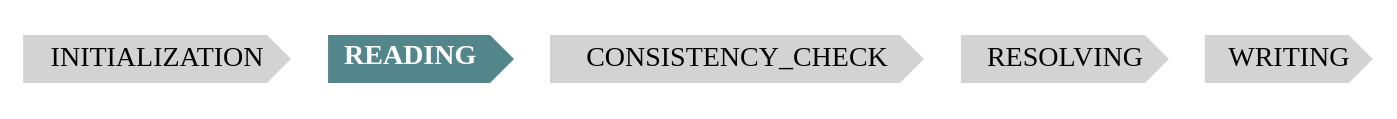
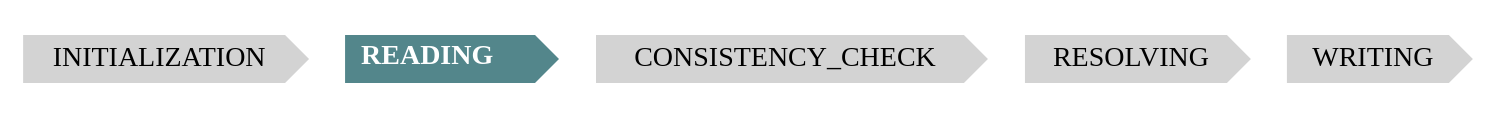
The diagram in research/sphinx/read/phases_read.gv (DocumentationBook/SphinxDocumentation), drawn with Graphviz before and after one commit. The commit also changed 12 other files, not shown here.

Commit message:
RESOLVE and WRITING phases started.

```diff
--- a/research/sphinx/read/phases_read.gv
+++ b/research/sphinx/read/phases_read.gv
@@ -1,9 +1,9 @@
 digraph {
 //	graph [rankdir=LR]
 	node [color=none fillcolor=lightgrey shape=cds style=filled]
-	"init" [label=INITIALIZATION href="../research/sphinx/app_init/" target=_top]
-	"read" [label=<<b>READING</b>> fillcolor=cadetblue4 fontcolor=white href="../research/sphinx/read/" target=_top]
-	"consistency" [label="CONSISTENCY_CHECK" href="../research/sphinx/consistency/" target=_top]
-	"resolve" [label="RESOLVING" href="../research/sphinx/resolve/" target=_top]
-	"write" [label="WRITING" href="../research/sphinx/write/" target=_top]
+	"init" [label="INITIALIZATION  " href="../research/sphinx/app_init/" target=_top]
+	"read" [label=<<b>READING &#160;&#160;</b>> fillcolor=cadetblue4 fontcolor=white href="../research/sphinx/read/" target=_top]
+	"consistency" [label="CONSISTENCY_CHECK  " href="../research/sphinx/consistency/" target=_top]
+	"resolve" [label="RESOLVING  " href="../research/sphinx/resolve/" target=_top]
+	"write" [label="WRITING  " href="../research/sphinx/write/" target=_top]
 }
```
